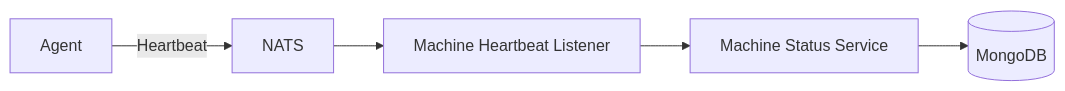
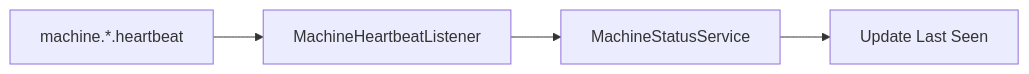
One commit to Praesto-Pro/openframe-oss-tenant changed the diagram in docs/architecture/diagrams/client-service-core-3.mmd. Above: the diagram before and after it, drawn with Mermaid. The commit also changed 214 other files, not shown here.

```diff
--- a/docs/architecture/diagrams/client-service-core-3.mmd
+++ b/docs/architecture/diagrams/client-service-core-3.mmd
@@ -1,5 +1,4 @@
 flowchart LR
-    Agent["Agent"] -->|"Heartbeat"| NATS["NATS"]
-    NATS --> HeartbeatListener["Machine Heartbeat Listener"]
-    HeartbeatListener --> MachineStatusService["Machine Status Service"]
-    MachineStatusService --> Mongo[("MongoDB")]
+    NatsHB["machine.*.heartbeat"] --> Listener["MachineHeartbeatListener"]
+    Listener --> StatusService["MachineStatusService"]
+    StatusService --> Online["Update Last Seen"]
```
